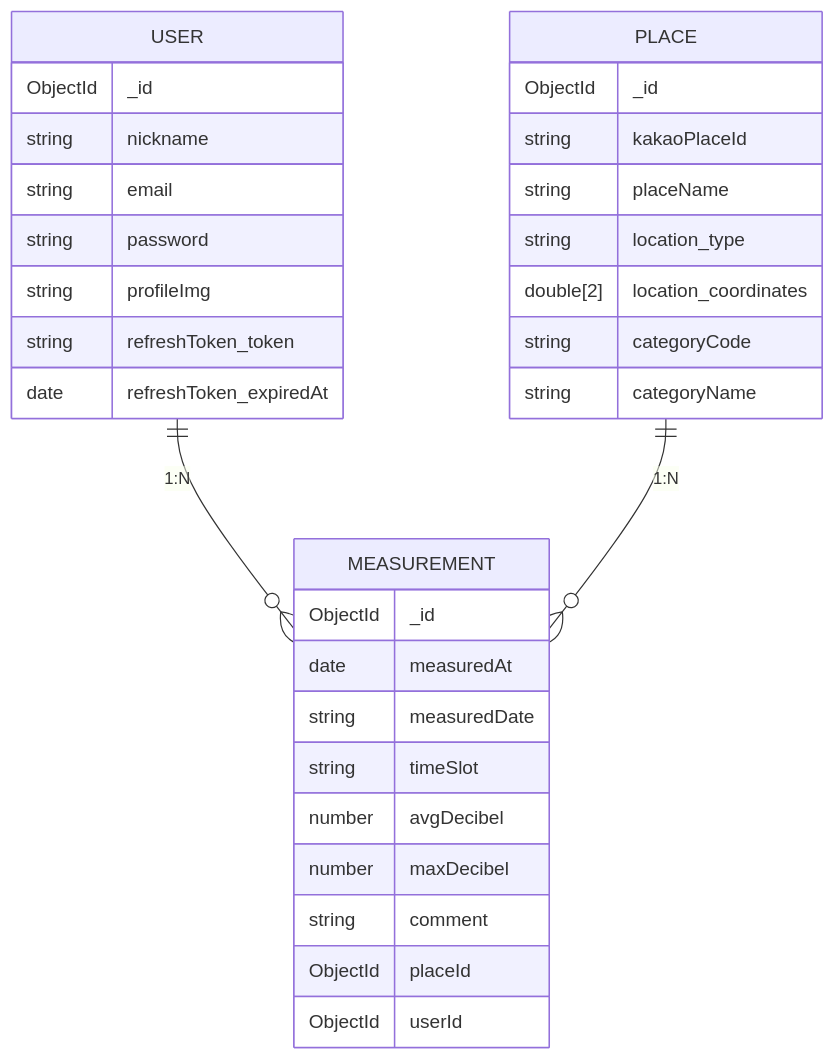
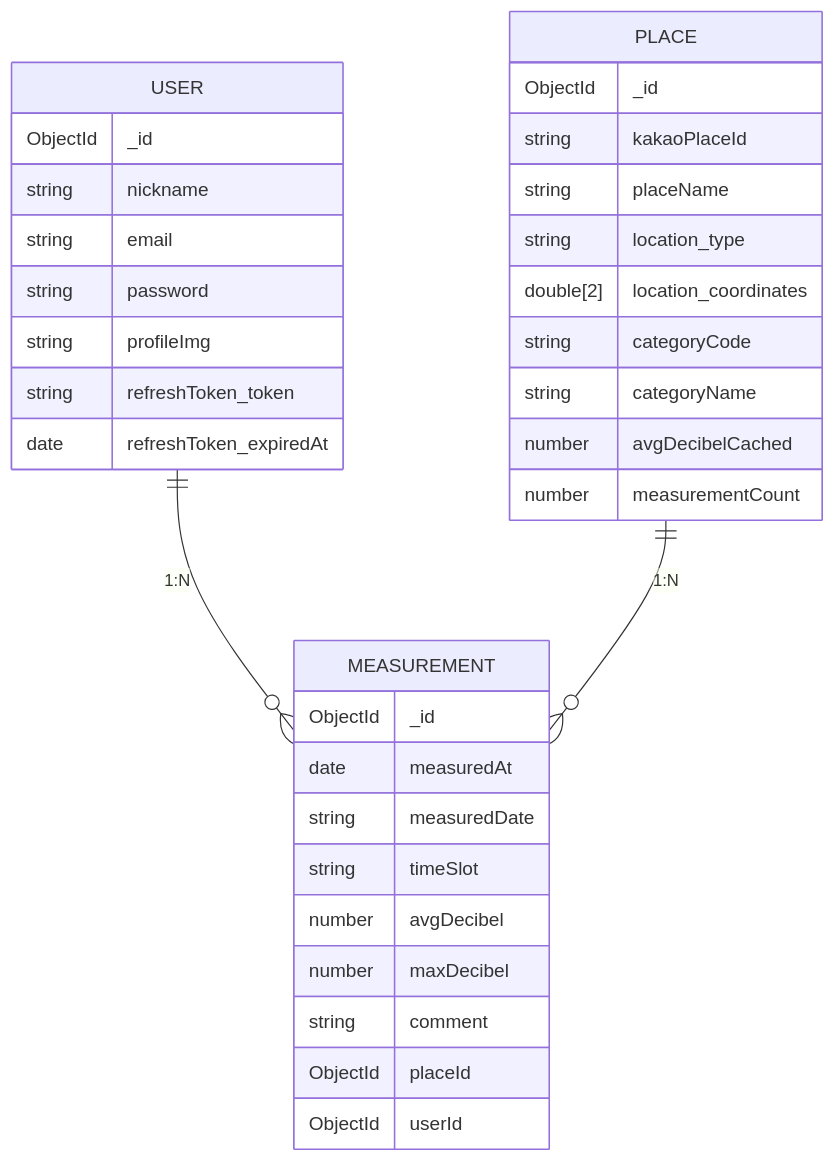
Before and after one commit to elvinleeys/sorisoop_fe: the diagram in README.md, drawn with Mermaid. The commit also changed other lines of this file, not shown here.

````diff
--- a/README.md
+++ b/README.md
@@ -102,37 +111,39 @@
 ```mermaid
 erDiagram
     USER {
         ObjectId _id
         string nickname
         string email
         string password
         string profileImg
         string refreshToken_token
         date   refreshToken_expiredAt
     }
 
     PLACE {
         ObjectId _id
         string kakaoPlaceId
         string placeName
         string location_type
         double[2] location_coordinates
         string categoryCode
         string categoryName
+        number avgDecibelCached
+        number measurementCount
     }
 
     MEASUREMENT {
         ObjectId _id
         date measuredAt
         string measuredDate
         string timeSlot
         number avgDecibel
         number maxDecibel
         string comment
         ObjectId placeId
         ObjectId userId
     }
 
     USER ||--o{ MEASUREMENT : "1:N"
     PLACE ||--o{ MEASUREMENT : "1:N"
 ```
````
